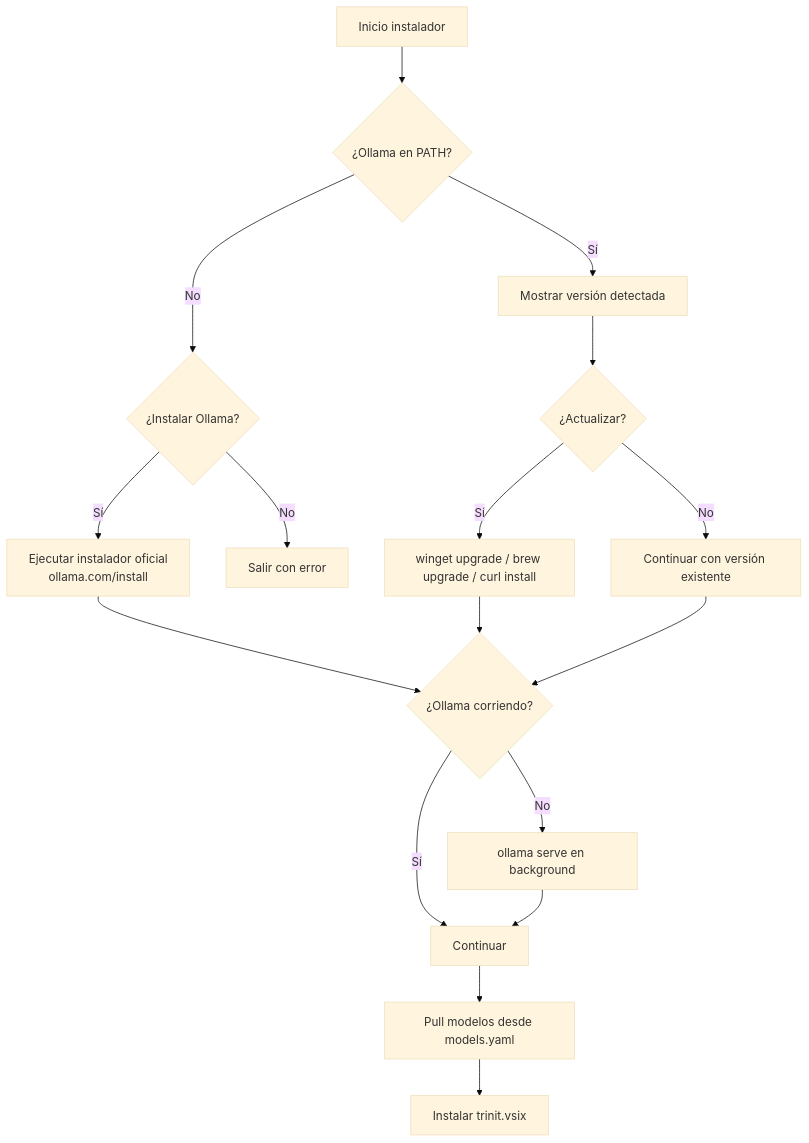
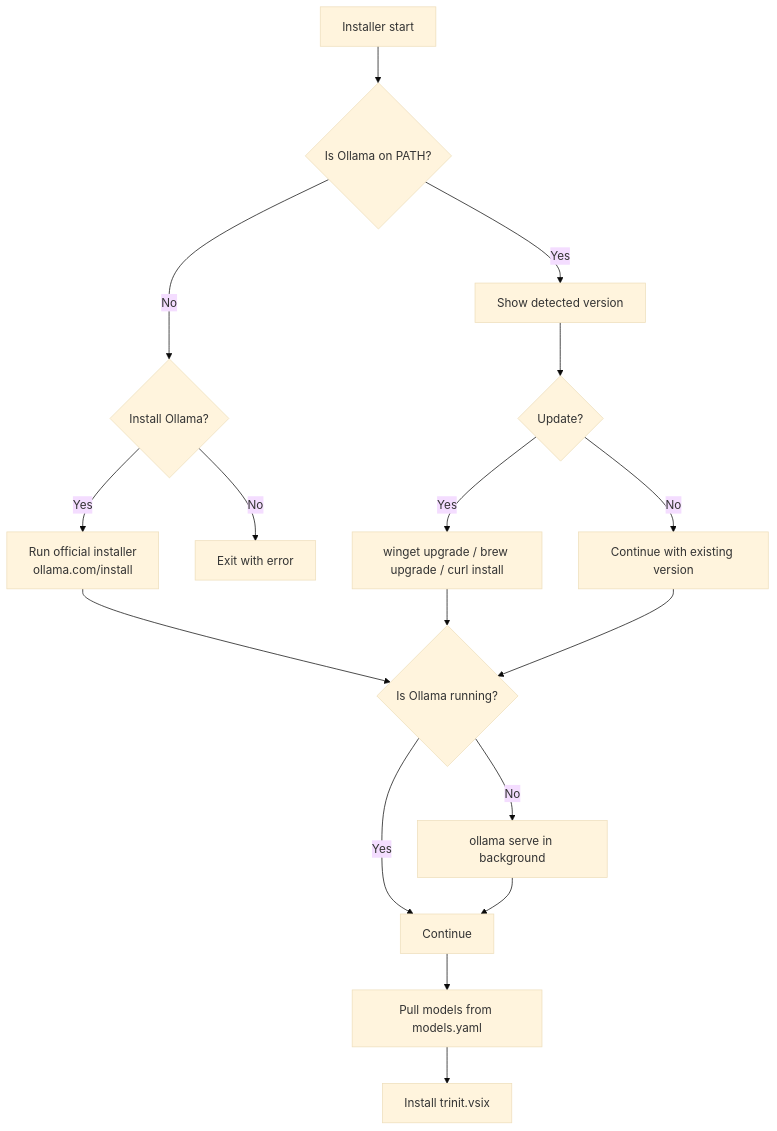
Before and after one commit to Danelaton/trinit: the third of 3 diagrams in dev/docs/01-architecture.md, drawn with Mermaid (base theme). The commit also changed other lines of this file and 8 other files, not shown here.

````diff
--- a/dev/docs/01-architecture.md
+++ b/dev/docs/01-architecture.md
@@ -141,19 +141,19 @@
 ```mermaid
 flowchart TD
-    A[Inicio instalador] --> B{¿Ollama en PATH?}
-    B -->|Sí| C[Mostrar versión detectada]
-    B -->|No| D{¿Instalar Ollama?}
-    D -->|Sí| E[Ejecutar instalador oficial\nollama.com/install]
-    D -->|No| F[Salir con error]
-    C --> G{¿Actualizar?}
-    G -->|Sí| H[winget upgrade / brew upgrade / curl install]
-    G -->|No| I[Continuar con versión existente]
-    E --> J{¿Ollama corriendo?}
+    A[Installer start] --> B{Is Ollama on PATH?}
+    B -->|Yes| C[Show detected version]
+    B -->|No| D{Install Ollama?}
+    D -->|Yes| E[Run official installer\nollama.com/install]
+    D -->|No| F[Exit with error]
+    C --> G{Update?}
+    G -->|Yes| H[winget upgrade / brew upgrade / curl install]
+    G -->|No| I[Continue with existing version]
+    E --> J{Is Ollama running?}
     H --> J
     I --> J
-    J -->|No| K[ollama serve en background]
-    J -->|Sí| L[Continuar]
+    J -->|No| K[ollama serve in background]
+    J -->|Yes| L[Continue]
     K --> L
-    L --> M[Pull modelos desde models.yaml]
-    M --> N[Instalar trinit.vsix]
+    L --> M[Pull models from models.yaml]
+    M --> N[Install trinit.vsix]
 ```
````
